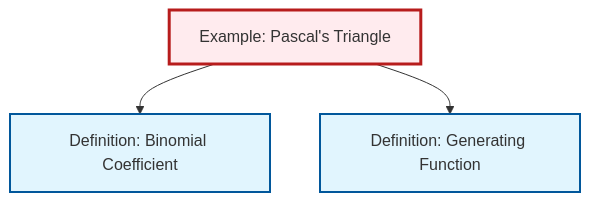
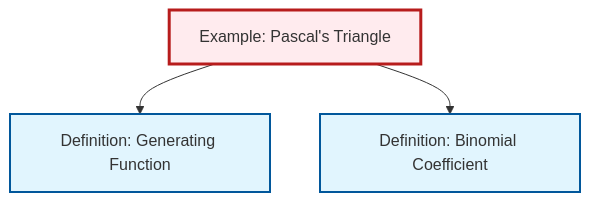
The diagram in content/en/combinatorics/ex-pascals-triangle.qmd (RK0429/ModernMath), drawn with Mermaid before and after one commit. The commit also changed other lines of this file and 1069 other files, not shown here.

````diff
--- a/content/en/combinatorics/ex-pascals-triangle.qmd
+++ b/content/en/combinatorics/ex-pascals-triangle.qmd
@@ -72,17 +72,17 @@
 ```{mermaid}
 %%| fig-cap: "Local dependency graph"
 graph TD
     classDef definition fill:#e1f5fe,stroke:#01579b,stroke-width:2px
     classDef theorem fill:#f3e5f5,stroke:#4a148c,stroke-width:2px
     classDef axiom fill:#fff3e0,stroke:#e65100,stroke-width:2px
     classDef example fill:#e8f5e9,stroke:#1b5e20,stroke-width:2px
     classDef current fill:#ffebee,stroke:#b71c1c,stroke-width:3px
+    ex-pascals-triangle["Example: Pascal's Triangle"]:::example
     def-generating-function["Definition: Generating Function"]:::definition
     def-binomial-coefficient["Definition: Binomial Coefficient"]:::definition
-    ex-pascals-triangle["Example: Pascal's Triangle"]:::example
+    ex-pascals-triangle --> def-generating-function
     ex-pascals-triangle --> def-binomial-coefficient
-    ex-pascals-triangle --> def-generating-function
     class ex-pascals-triangle current
     click def-generating-function "def-generating-function.html" "Go to Generating Function definition"
     click def-binomial-coefficient "def-binomial-coefficient.html" "Go to Binomial Coefficient definition"
 ```
````
